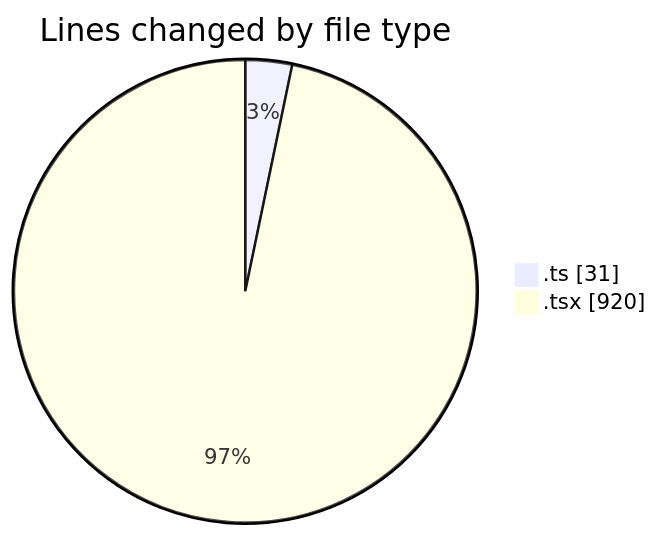
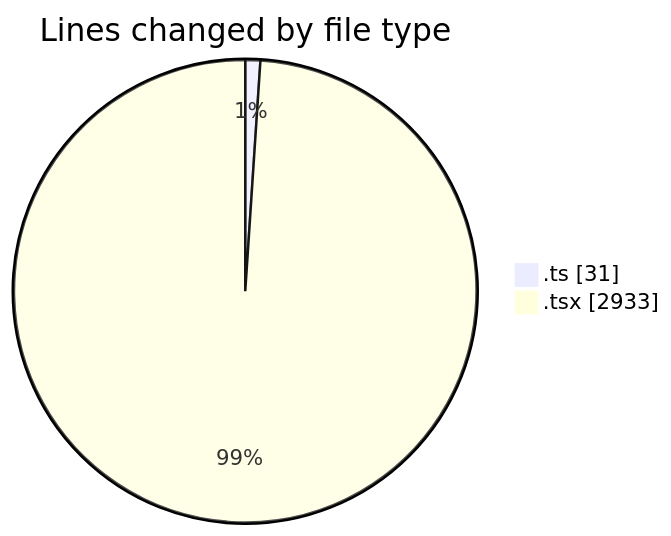
One commit to nxtqubesakshisongat/code-tracking changed the first of 2 diagrams in 2026-04-24/nxtqube_webapp/README.md. Above: the diagram before and after it, drawn with Mermaid. The commit also changed other lines of this file and 1 other file, not shown here.

````diff
--- a/2026-04-24/nxtqube_webapp/README.md
+++ b/2026-04-24/nxtqube_webapp/README.md
@@ -22,6 +24,6 @@
 ```mermaid
 pie showData
 title Lines changed by file type
 ".ts" : 31
-".tsx" : 920
+".tsx" : 2933
 ```
````
